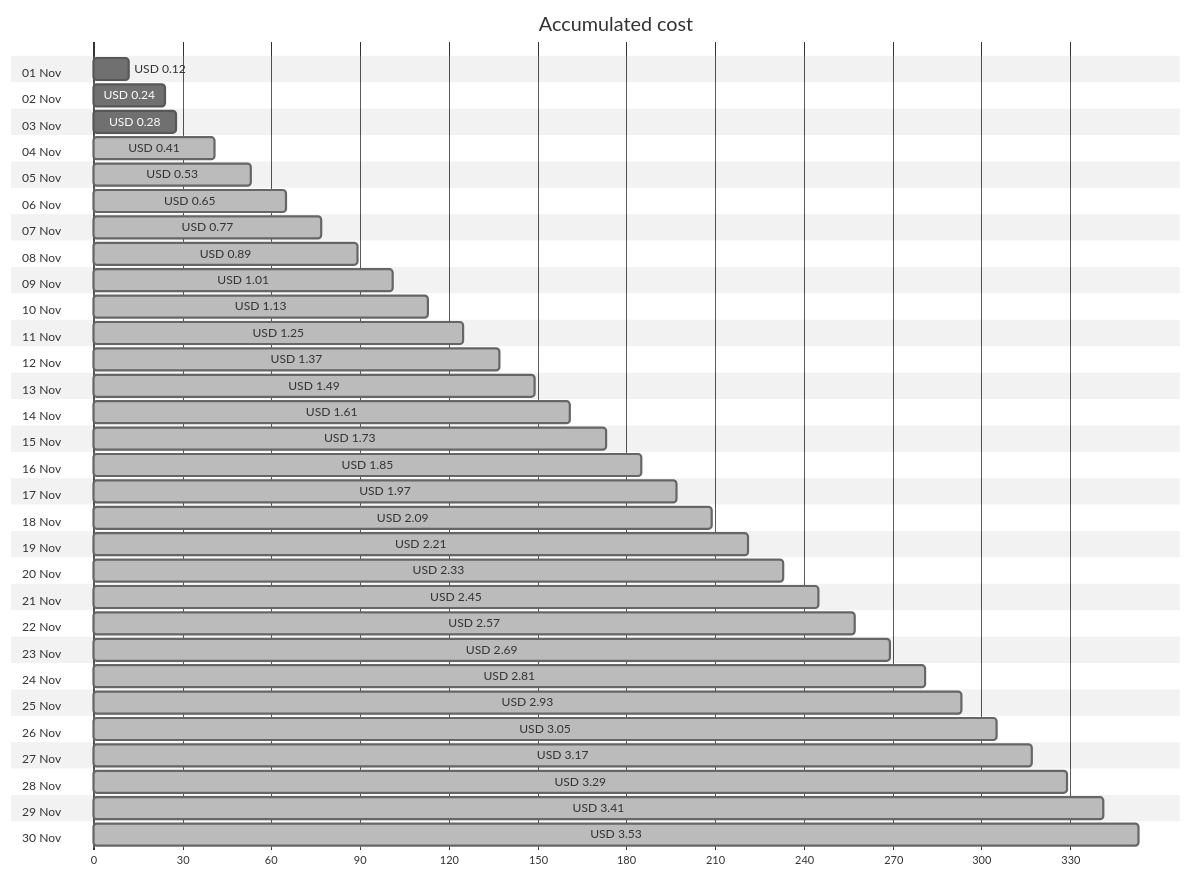
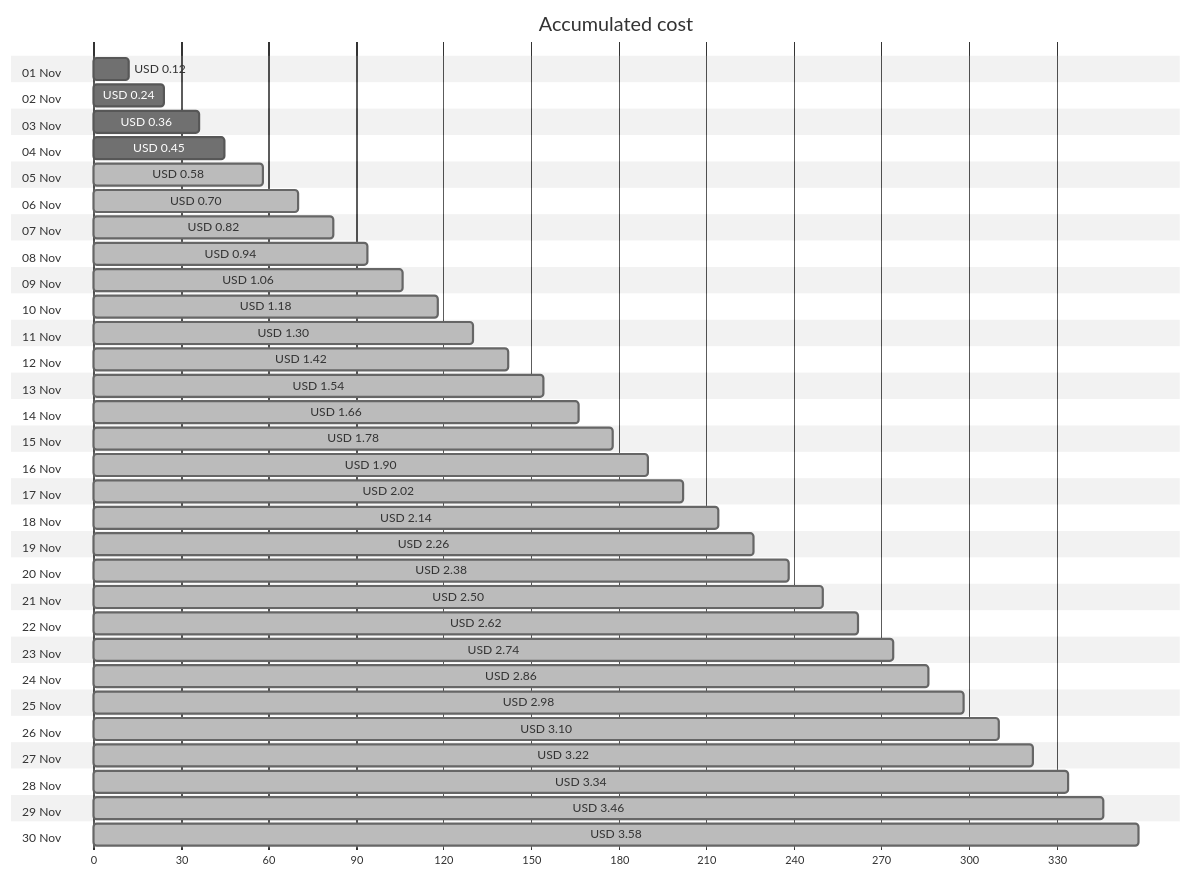
Before and after one commit to jpfulton/azure-personal-reports: the first of 4 diagrams in cost-reports/personal-network/backup-server-public-ip.md, drawn with Mermaid (neutral theme). The commit also changed other lines of this file and 8 other files, not shown here.

````diff
--- a/cost-reports/personal-network/backup-server-public-ip.md
+++ b/cost-reports/personal-network/backup-server-public-ip.md
@@ -20,66 +20,66 @@
 ```mermaid
 gantt
    title Accumulated cost
    dateFormat  X
    axisFormat %s
    section 01 Nov
    USD 0.12 :0, 12
    section 02 Nov
    USD 0.24 :0, 24
    section 03 Nov
-   USD 0.28 :0, 28
+   USD 0.36 :0, 36
    section 04 Nov
-   USD 0.41 : done, 0, 41
+   USD 0.45 :0, 45
    section 05 Nov
-   USD 0.53 : done, 0, 53
+   USD 0.58 : done, 0, 58
    section 06 Nov
-   USD 0.65 : done, 0, 65
+   USD 0.70 : done, 0, 70
    section 07 Nov
-   USD 0.77 : done, 0, 77
+   USD 0.82 : done, 0, 82
    section 08 Nov
-   USD 0.89 : done, 0, 89
+   USD 0.94 : done, 0, 94
    section 09 Nov
-   USD 1.01 : done, 0, 101
+   USD 1.06 : done, 0, 106
    section 10 Nov
-   USD 1.13 : done, 0, 113
+   USD 1.18 : done, 0, 118
    section 11 Nov
-   USD 1.25 : done, 0, 125
+   USD 1.30 : done, 0, 130
    section 12 Nov
-   USD 1.37 : done, 0, 137
+   USD 1.42 : done, 0, 142
    section 13 Nov
-   USD 1.49 : done, 0, 149
+   USD 1.54 : done, 0, 154
    section 14 Nov
-   USD 1.61 : done, 0, 161
+   USD 1.66 : done, 0, 166
    section 15 Nov
-   USD 1.73 : done, 0, 173
+   USD 1.78 : done, 0, 178
    section 16 Nov
-   USD 1.85 : done, 0, 185
+   USD 1.90 : done, 0, 190
    section 17 Nov
-   USD 1.97 : done, 0, 197
+   USD 2.02 : done, 0, 202
    section 18 Nov
-   USD 2.09 : done, 0, 209
+   USD 2.14 : done, 0, 214
    section 19 Nov
-   USD 2.21 : done, 0, 221
+   USD 2.26 : done, 0, 226
    section 20 Nov
-   USD 2.33 : done, 0, 233
+   USD 2.38 : done, 0, 238
    section 21 Nov
-   USD 2.45 : done, 0, 245
+   USD 2.50 : done, 0, 250
    section 22 Nov
-   USD 2.57 : done, 0, 257
+   USD 2.62 : done, 0, 262
    section 23 Nov
-   USD 2.69 : done, 0, 269
+   USD 2.74 : done, 0, 274
    section 24 Nov
-   USD 2.81 : done, 0, 281
+   USD 2.86 : done, 0, 286
    section 25 Nov
-   USD 2.93 : done, 0, 293
+   USD 2.98 : done, 0, 298
    section 26 Nov
-   USD 3.05 : done, 0, 305
+   USD 3.10 : done, 0, 310
    section 27 Nov
-   USD 3.17 : done, 0, 317
+   USD 3.22 : done, 0, 322
    section 28 Nov
-   USD 3.29 : done, 0, 329
+   USD 3.34 : done, 0, 334
    section 29 Nov
-   USD 3.41 : done, 0, 341
+   USD 3.46 : done, 0, 346
    section 30 Nov
-   USD 3.53 : done, 0, 353
+   USD 3.58 : done, 0, 358
 ```
````
